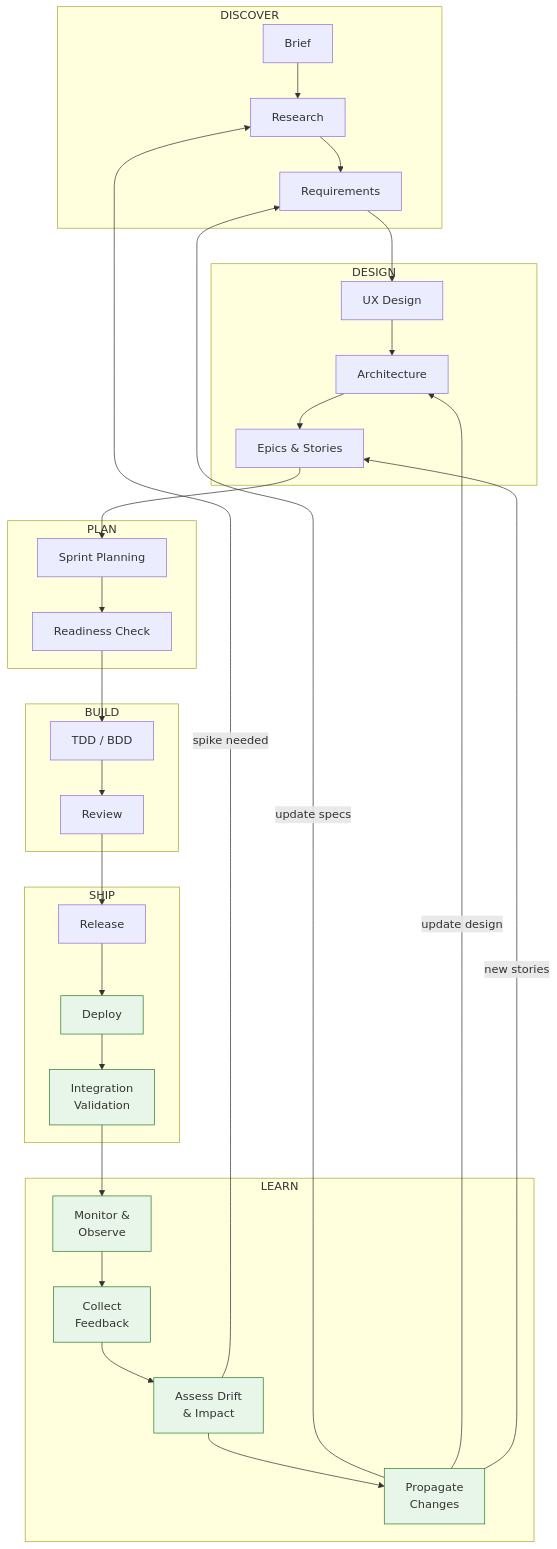
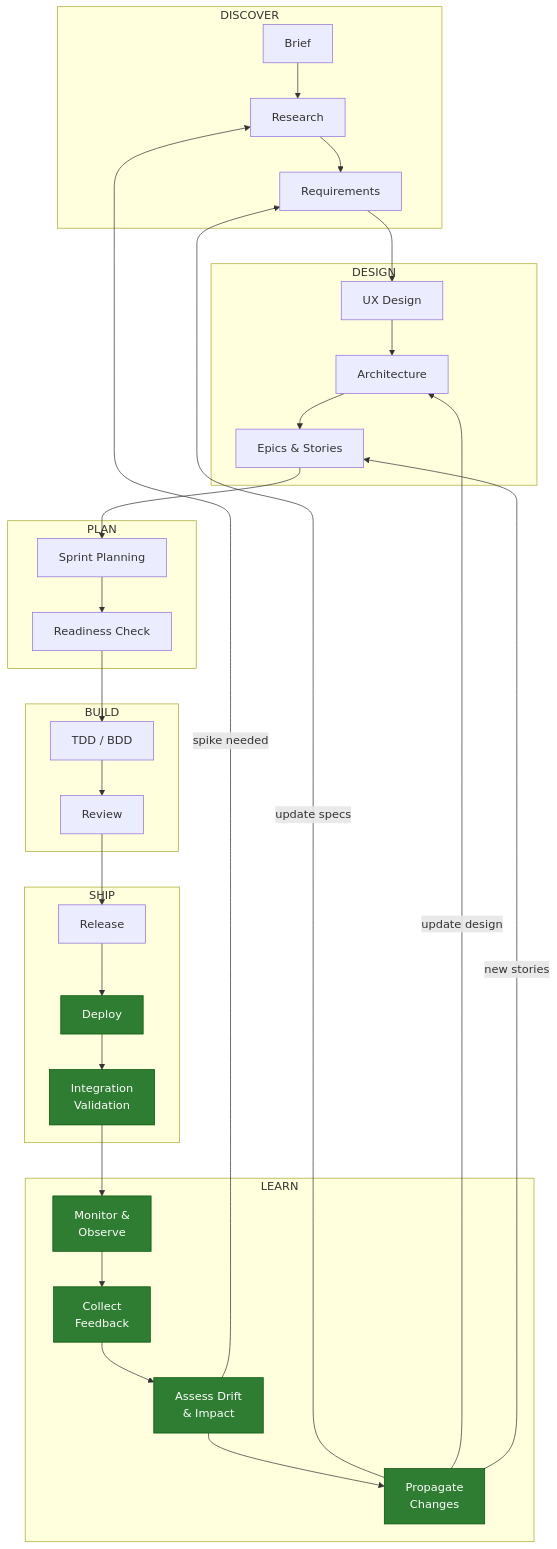
Before and after one commit to slabgorb/orc-penny: the ninth of 13 diagrams in docs/lifecycle-improvement-rs.md, drawn with Mermaid. The commit also changed other lines of this file, not shown here.

````diff
--- a/docs/lifecycle-improvement-rs.md
+++ b/docs/lifecycle-improvement-rs.md
@@ -125,56 +423,56 @@
 ```mermaid
 graph TD
     subgraph "DISCOVER"
         PB["Brief"]
         R["Research"]
         PRD["Requirements"]
     end
 
     subgraph "DESIGN"
         UX["UX Design"]
         ARCH["Architecture"]
         ES["Epics & Stories"]
     end
 
     subgraph "PLAN"
         SP["Sprint Planning"]
         IR["Readiness Check"]
     end
 
     subgraph "BUILD"
         IMPL["TDD / BDD"]
         REVIEW["Review"]
     end
 
     subgraph "SHIP"
         REL["Release"]
         DEPLOY["Deploy"]
         VALIDATE["Integration<br/>Validation"]
     end
 
     subgraph "LEARN"
         MONITOR["Monitor &<br/>Observe"]
         FEEDBACK["Collect<br/>Feedback"]
         ASSESS["Assess Drift<br/>& Impact"]
         PROPAGATE["Propagate<br/>Changes"]
     end
 
     PB --> R --> PRD
     PRD --> UX --> ARCH --> ES
     ES --> SP --> IR
     IR --> IMPL --> REVIEW
     REVIEW --> REL --> DEPLOY --> VALIDATE
     VALIDATE --> MONITOR --> FEEDBACK --> ASSESS --> PROPAGATE
 
     PROPAGATE -->|"update specs"| PRD
     PROPAGATE -->|"update design"| ARCH
     PROPAGATE -->|"new stories"| ES
     ASSESS -->|"spike needed"| R
 
-    style MONITOR fill:#e8f5e9,stroke:#2e7d32
-    style FEEDBACK fill:#e8f5e9,stroke:#2e7d32
-    style ASSESS fill:#e8f5e9,stroke:#2e7d32
-    style PROPAGATE fill:#e8f5e9,stroke:#2e7d32
-    style DEPLOY fill:#e8f5e9,stroke:#2e7d32
-    style VALIDATE fill:#e8f5e9,stroke:#2e7d32
+    style MONITOR fill:#2e7d32,stroke:#005005,color:#fff
+    style FEEDBACK fill:#2e7d32,stroke:#005005,color:#fff
+    style ASSESS fill:#2e7d32,stroke:#005005,color:#fff
+    style PROPAGATE fill:#2e7d32,stroke:#005005,color:#fff
+    style DEPLOY fill:#2e7d32,stroke:#005005,color:#fff
+    style VALIDATE fill:#2e7d32,stroke:#005005,color:#fff
 ```
````
